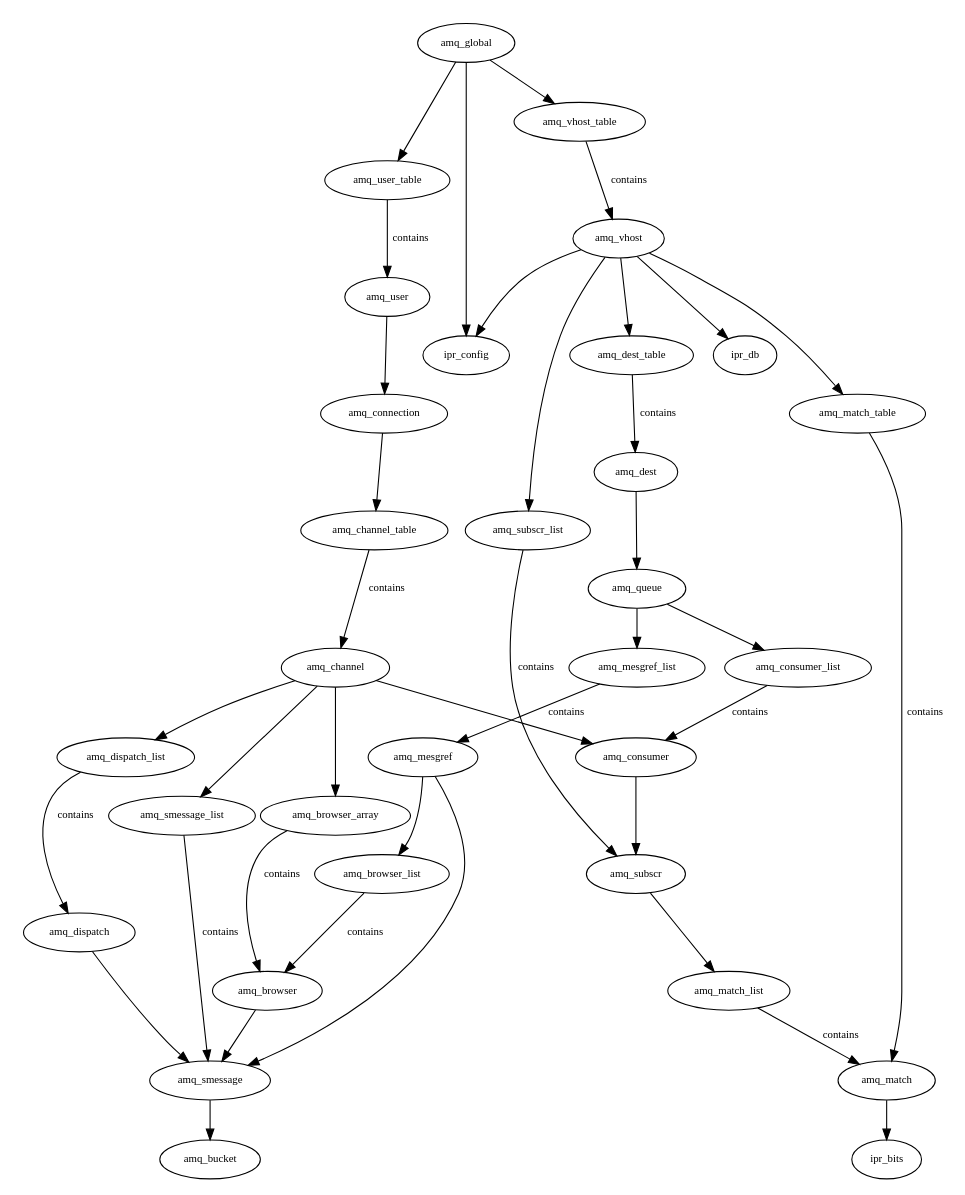
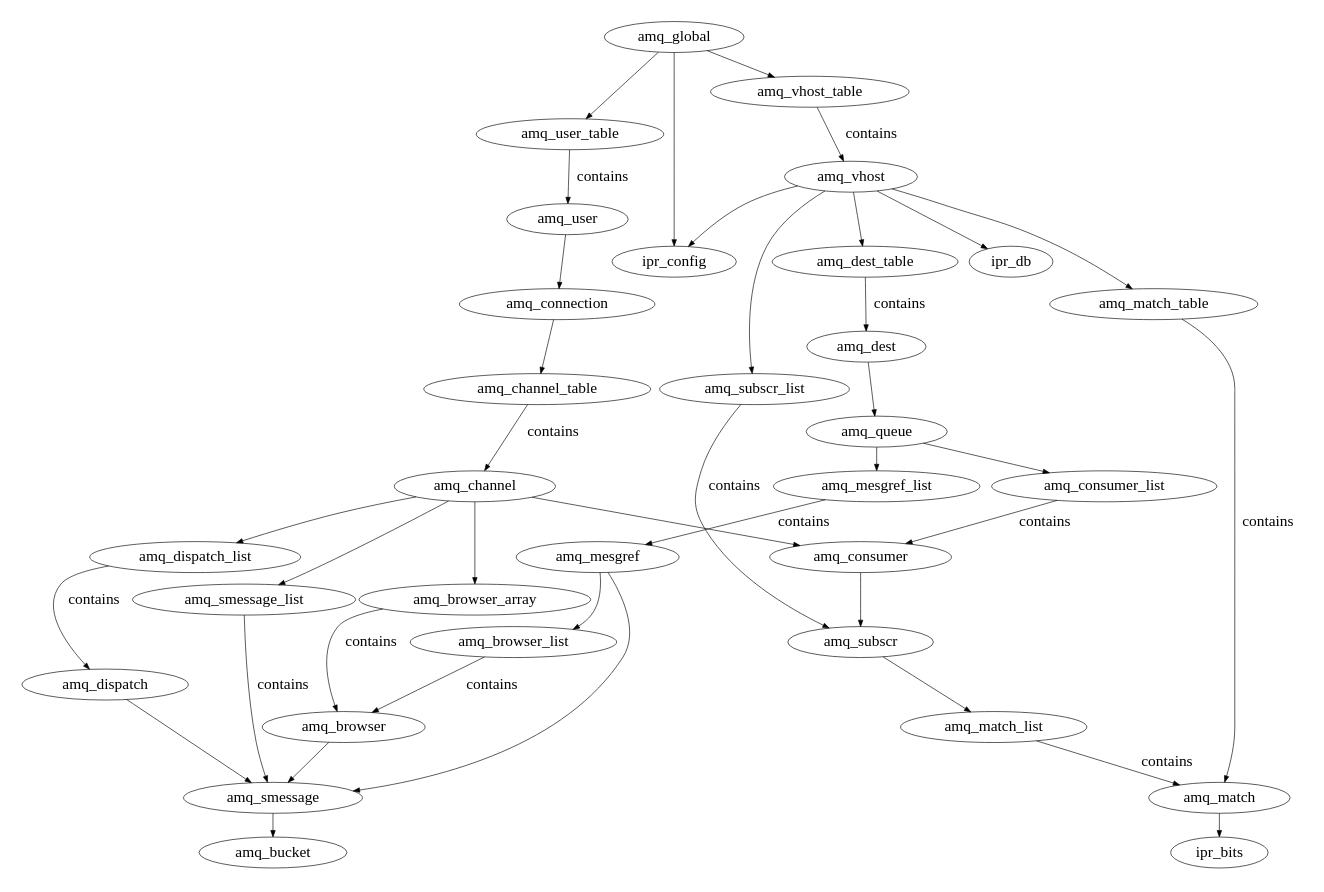
One commit to imatix/openamq changed the diagram in doc/server_classes.dot. Above: the diagram before and after it, drawn with Graphviz. The commit also changed 4 other files, not shown here.

```diff
--- a/doc/server_classes.dot
+++ b/doc/server_classes.dot
@@ -1,44 +1,44 @@
 //  Build using dot
 digraph Classes {
-    size = "5,12";
-    node [fontsize=10];
-    edge [fontsize=10];
+    size = "7,10";
+    node [fontsize=24];
+    edge [fontsize=24];
     amq_browser             -> amq_smessage;
     amq_browser_array       -> amq_browser  [label = "contains"];
     amq_browser_list        -> amq_browser  [label = "contains"];
     amq_channel             -> amq_dispatch_list;
     amq_channel             -> amq_smessage_list;
     amq_channel             -> amq_consumer;
     amq_channel             -> amq_browser_array;
     amq_channel_table       -> amq_channel  [label = "contains"];
     amq_connection          -> amq_channel_table;
     amq_consumer            -> amq_subscr;
     amq_consumer_list       -> amq_consumer [label = "contains"];
     amq_dest                -> amq_queue;
     amq_dest_table          -> amq_dest     [label = "contains"];
     amq_dispatch            -> amq_smessage;
     amq_dispatch_list       -> amq_dispatch [label = "contains"];
     amq_global              -> amq_user_table;
     amq_global              -> amq_vhost_table;
     amq_global              -> ipr_config;
     amq_match               -> ipr_bits;
     amq_match_list          -> amq_match    [label = "contains"];
     amq_match_table         -> amq_match    [label = "contains"];
     amq_mesgref             -> amq_smessage;
     amq_mesgref             -> amq_browser_list;
     amq_mesgref_list        -> amq_mesgref  [label = "contains"];
     amq_queue               -> amq_consumer_list;
     amq_queue               -> amq_mesgref_list;
     amq_smessage            -> amq_bucket;
     amq_smessage_list       -> amq_smessage [label = "contains"];
     amq_subscr              -> amq_match_list;
     amq_subscr_list         -> amq_subscr   [label = "contains"];
     amq_user_table          -> amq_user     [label = "contains"];
     amq_user                -> amq_connection;
     amq_vhost               -> ipr_db;
     amq_vhost               -> ipr_config;
     amq_vhost               -> amq_dest_table;
     amq_vhost               -> amq_subscr_list;
     amq_vhost               -> amq_match_table;
     amq_vhost_table         -> amq_vhost    [label = "contains"];
 }
```
